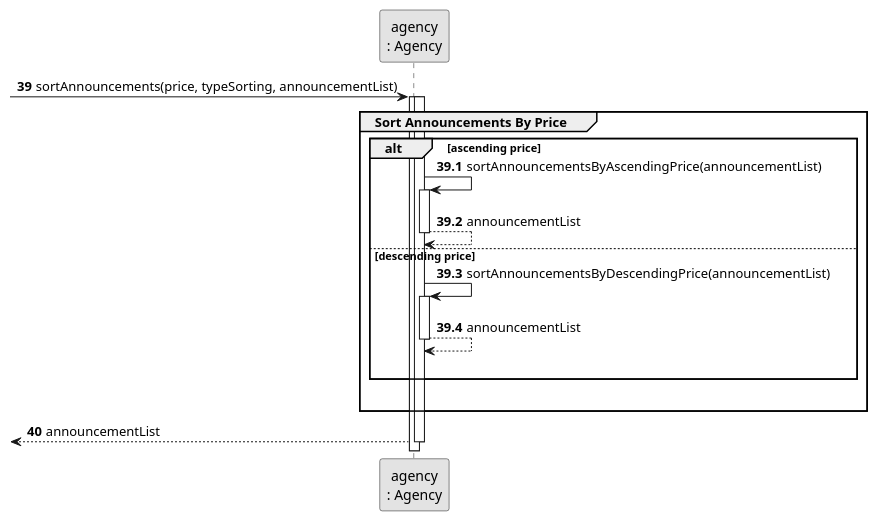
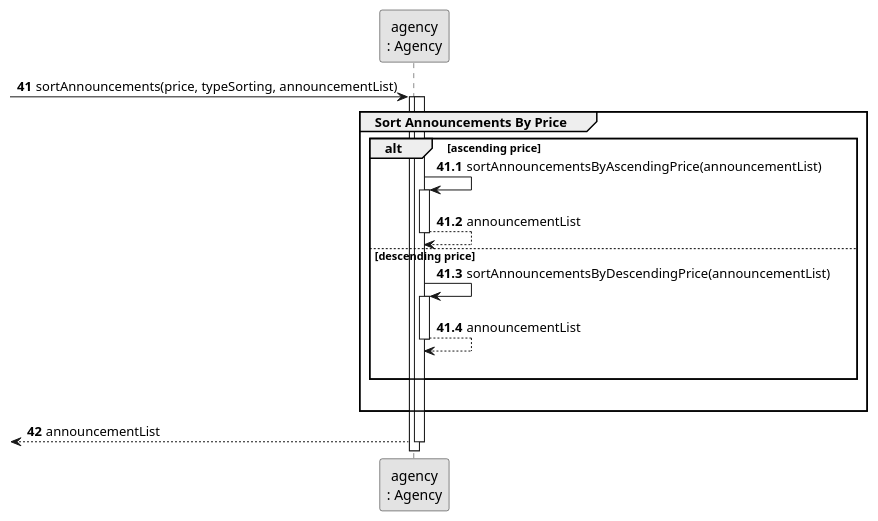
Before and after one commit to rita-barbosa/LAPR2-2223: the diagram in docs/sprintB/us001/03.design/puml/us001-sequence-diagram-partial-sort-announcements-by-price.puml, drawn with PlantUML. The commit also changed 15 other files, not shown here.

Commit message:
Update Sequence Diagram [US001][Design].

```diff
--- a/docs/sprintB/us001/03.design/puml/us001-sequence-diagram-partial-sort-announcements-by-price.puml
+++ b/docs/sprintB/us001/03.design/puml/us001-sequence-diagram-partial-sort-announcements-by-price.puml
@@ -1,43 +1,43 @@
 @startuml
 skinparam monochrome true
 skinparam packageStyle rectangle
 skinparam shadowing false
 
 participant "agency\n: Agency" as AGENCY
 
-autonumber 39
+autonumber 41
 -> AGENCY : sortAnnouncements(price, typeSorting, announcementList)
 activate AGENCY
 
-autonumber 39.1
+autonumber 41.1
 activate AGENCY
     group Sort Announcements By Price
 
         alt ascending price
 
             AGENCY -> AGENCY : sortAnnouncementsByAscendingPrice(announcementList)
             activate AGENCY
 
             AGENCY --> AGENCY : announcementList
             deactivate AGENCY
 
             else descending price
 
             AGENCY -> AGENCY : sortAnnouncementsByDescendingPrice(announcementList)
             activate AGENCY
 
             AGENCY --> AGENCY : announcementList
             deactivate AGENCY
 
             |||
         end
     |||
     end
 
-    autonumber 40
+    autonumber 42
 
     <-- AGENCY : announcementList
 deactivate AGENCY
 
 
 @enduml
```
